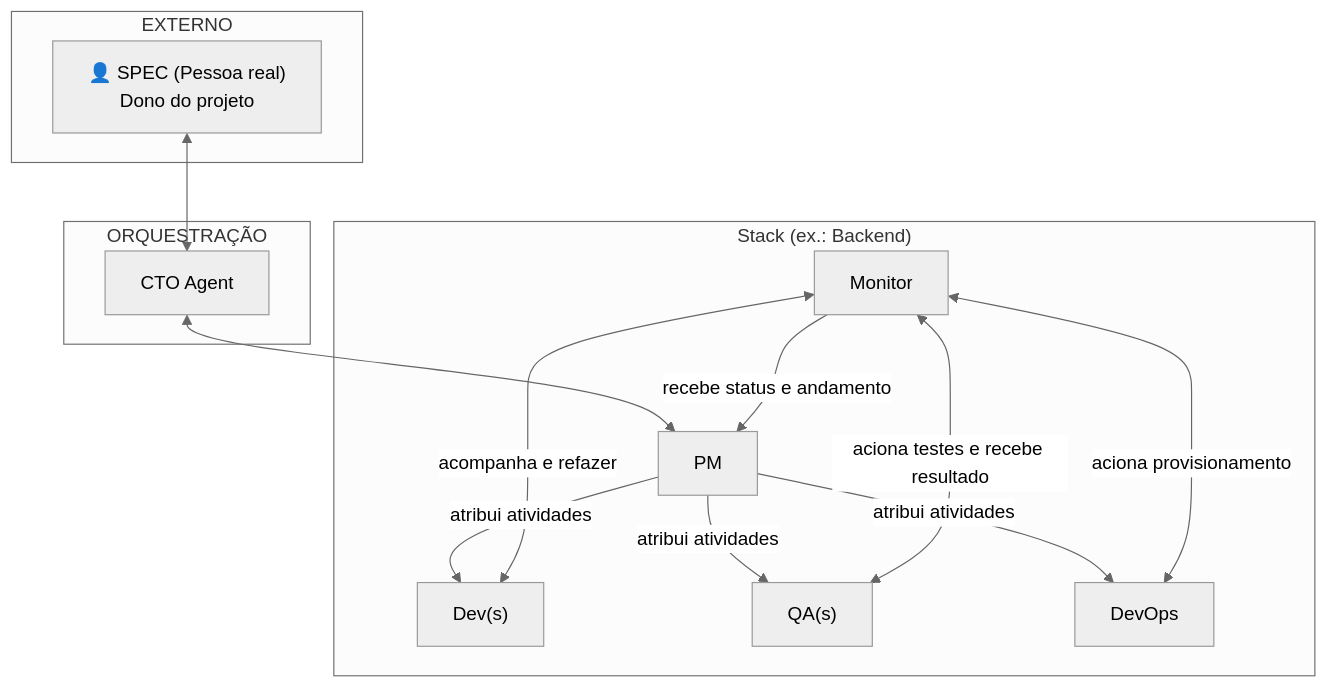
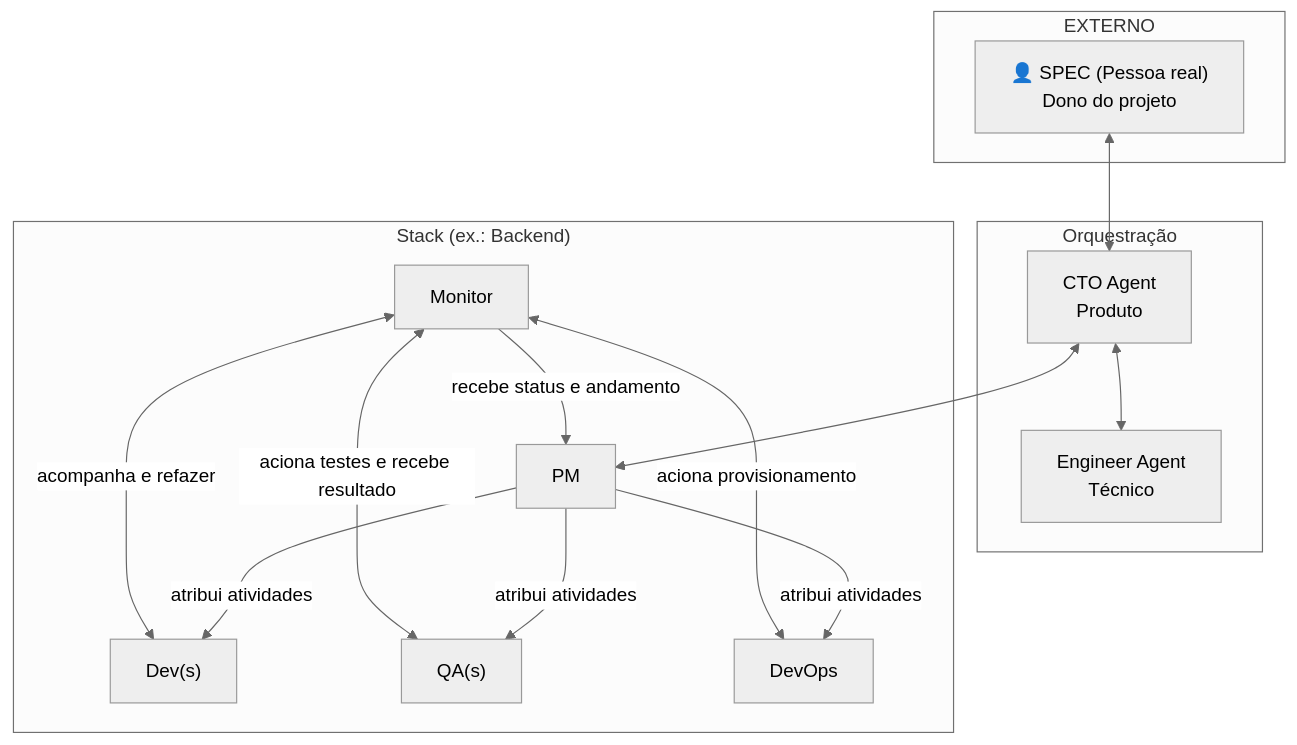
One commit to zentriztech/zentriz-genesis changed the first of 5 diagrams in ARCHITECTURE_DIAGRAM.md. Above: the diagram before and after it, drawn with Mermaid (neutral theme). The commit also changed other lines of this file and 51 other files, not shown here.

````diff
--- a/ARCHITECTURE_DIAGRAM.md
+++ b/ARCHITECTURE_DIAGRAM.md
@@ -12,29 +12,31 @@
 ```mermaid
 flowchart TB
     subgraph EXTERNO
         SPEC["👤 SPEC (Pessoa real)<br/>Dono do projeto"]
     end
 
-    subgraph ORQUESTRAÇÃO
-        CTO["CTO Agent"]
+    subgraph ORQUESTRAÇÃO["Orquestração"]
+        CTO["CTO Agent<br/>Produto"]
+        ENG["Engineer Agent<br/>Técnico"]
     end
 
     subgraph STACK["Stack (ex.: Backend)"]
         PM["PM"]
         DEV["Dev(s)"]
         QA["QA(s)"]
         MON["Monitor"]
         DEVOPS["DevOps"]
     end
 
     SPEC <--> CTO
+    CTO <--> ENG
     CTO <--> PM
     PM -->|atribui atividades| DEV
     PM -->|atribui atividades| QA
     PM -->|atribui atividades| DEVOPS
     MON -->|recebe status e andamento| PM
 
     MON <-->|acompanha e refazer| DEV
     MON <-->|aciona testes e recebe resultado| QA
     MON <-->|aciona provisionamento| DEVOPS
 ```
````
